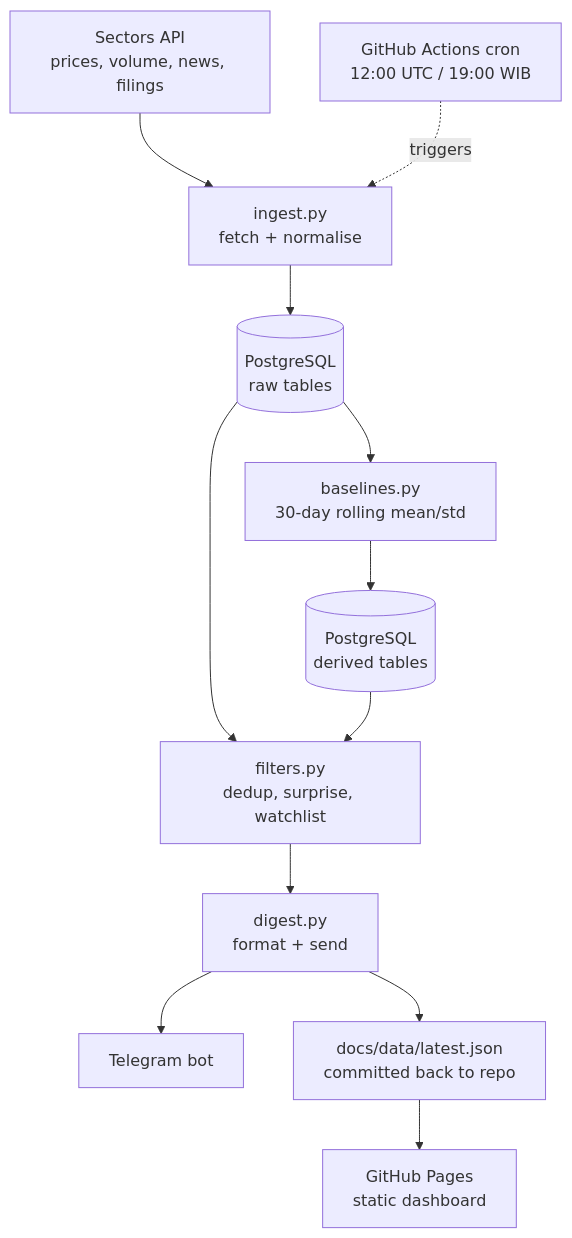
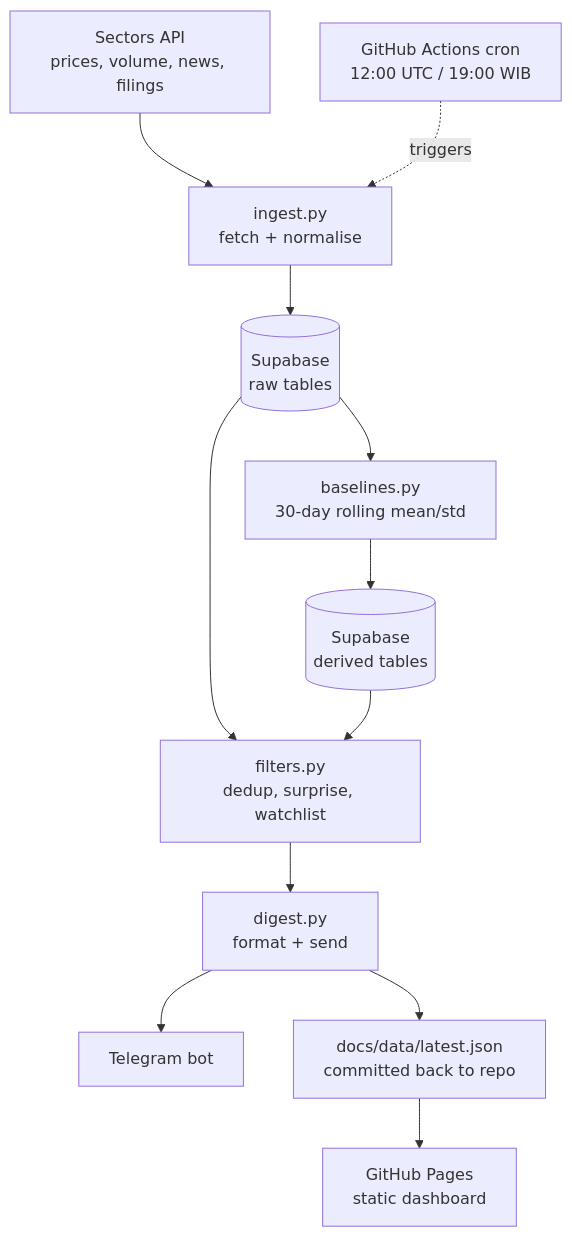
Before and after one commit to cleom-svg/idx-signal-filter: the first of 2 diagrams in DESIGN.md, drawn with Mermaid.

````diff
--- a/DESIGN.md
+++ b/DESIGN.md
@@ -50,14 +50,14 @@
 ```mermaid
 flowchart TD
     A[Sectors API<br/>prices, volume, news, filings] --> B[ingest.py<br/>fetch + normalise]
     S[GitHub Actions cron<br/>12:00 UTC / 19:00 WIB] -.triggers.-> B
-    B --> C[(PostgreSQL<br/>raw tables)]
+    B --> C[(Supabase<br/>raw tables)]
     C --> D[baselines.py<br/>30-day rolling mean/std]
-    D --> E[(PostgreSQL<br/>derived tables)]
+    D --> E[(Supabase<br/>derived tables)]
     C --> F[filters.py<br/>dedup, surprise, watchlist]
     E --> F
     F --> G[digest.py<br/>format + send]
     G --> H[Telegram bot]
     G --> I[docs/data/latest.json<br/>committed back to repo]
     I --> J[GitHub Pages<br/>static dashboard]
 ```
````
